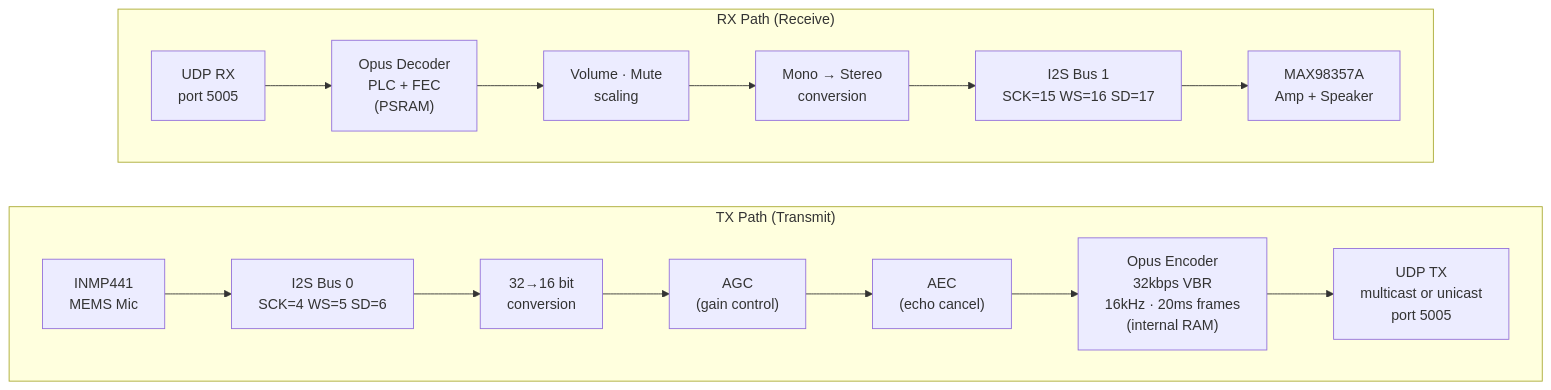
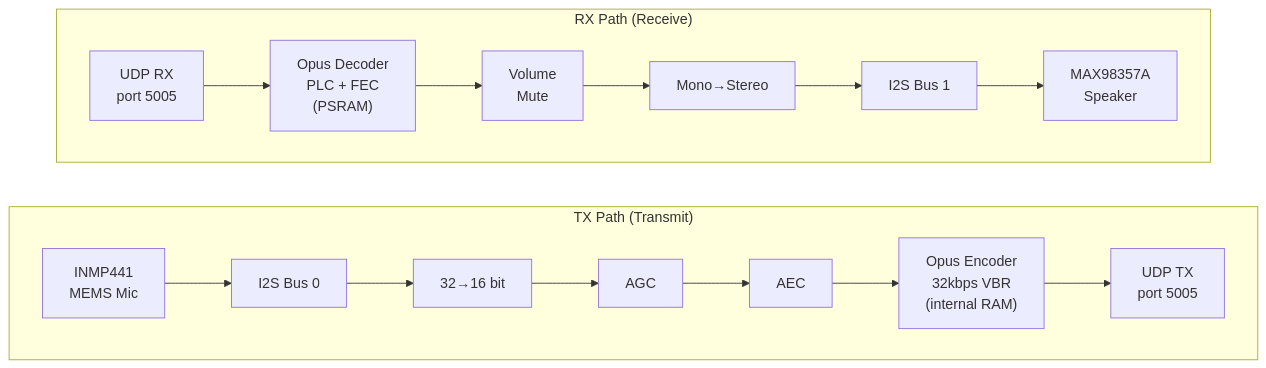
One commit to Bri-J-C/ha-intercom changed the second of 3 diagrams in README.md. Above: the diagram before and after it, drawn with Mermaid. The commit also changed other lines of this file, not shown here.

Commit message:
Fix Mermaid diagrams: use <br/> for line breaks, remove internal IP, use placeholder room names

````diff
--- a/README.md
+++ b/README.md
@@ -68,27 +68,27 @@
 ```mermaid
 flowchart LR
     subgraph TX["TX Path (Transmit)"]
         direction LR
-        MIC["INMP441\nMEMS Mic"]
-        I2S_IN["I2S Bus 0\nSCK=4 WS=5 SD=6"]
-        CONV["32→16 bit\nconversion"]
-        AGC_B["AGC\n(gain control)"]
-        AEC_B["AEC\n(echo cancel)"]
-        ENC["Opus Encoder\n32kbps VBR\n16kHz · 20ms frames\n(internal RAM)"]
-        UDP_TX["UDP TX\nmulticast or unicast\nport 5005"]
+        MIC["INMP441<br/>MEMS Mic"]
+        I2S_IN["I2S Bus 0"]
+        CONV["32→16 bit"]
+        AGC_B["AGC"]
+        AEC_B["AEC"]
+        ENC["Opus Encoder<br/>32kbps VBR<br/>(internal RAM)"]
+        UDP_TX["UDP TX<br/>port 5005"]
 
         MIC --> I2S_IN --> CONV --> AGC_B --> AEC_B --> ENC --> UDP_TX
     end
 
     subgraph RX["RX Path (Receive)"]
         direction LR
-        UDP_RX["UDP RX\nport 5005"]
-        DEC["Opus Decoder\nPLC + FEC\n(PSRAM)"]
-        VOL["Volume · Mute\nscaling"]
-        STEREO["Mono → Stereo\nconversion"]
-        I2S_OUT["I2S Bus 1\nSCK=15 WS=16 SD=17"]
-        SPK["MAX98357A\nAmp + Speaker"]
+        UDP_RX["UDP RX<br/>port 5005"]
+        DEC["Opus Decoder<br/>PLC + FEC<br/>(PSRAM)"]
+        VOL["Volume<br/>Mute"]
+        STEREO["Mono→Stereo"]
+        I2S_OUT["I2S Bus 1"]
+        SPK["MAX98357A<br/>Speaker"]
 
         UDP_RX --> DEC --> VOL --> STEREO --> I2S_OUT --> SPK
     end
 ```
````
